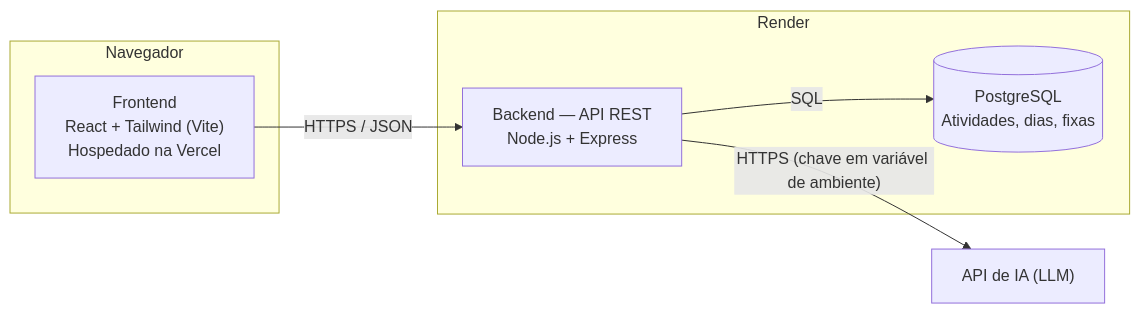
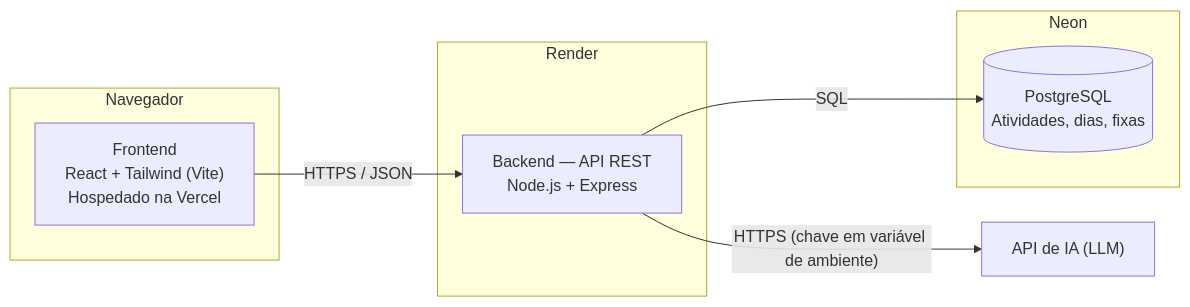
One commit to robertorsouza/foco-do-dia changed the second of 5 diagrams in docs/arquitetura.md. Above: the diagram before and after it, drawn with Mermaid. The commit also changed other lines of this file and 7 other files, not shown here.

````diff
--- a/docs/arquitetura.md
+++ b/docs/arquitetura.md
@@ -27,15 +27,17 @@
 ```mermaid
 flowchart LR
     subgraph Navegador
         FE["Frontend<br/>React + Tailwind (Vite)<br/>Hospedado na Vercel"]
     end
     subgraph Render
         BE["Backend — API REST<br/>Node.js + Express"]
+    end
+    subgraph Neon
         DB[("PostgreSQL<br/>Atividades, dias, fixas")]
     end
     IA["API de IA (LLM)"]
 
     FE -- "HTTPS / JSON" --> BE
     BE -- "SQL" --> DB
     BE -- "HTTPS (chave em variável de ambiente)" --> IA
 ```
````
